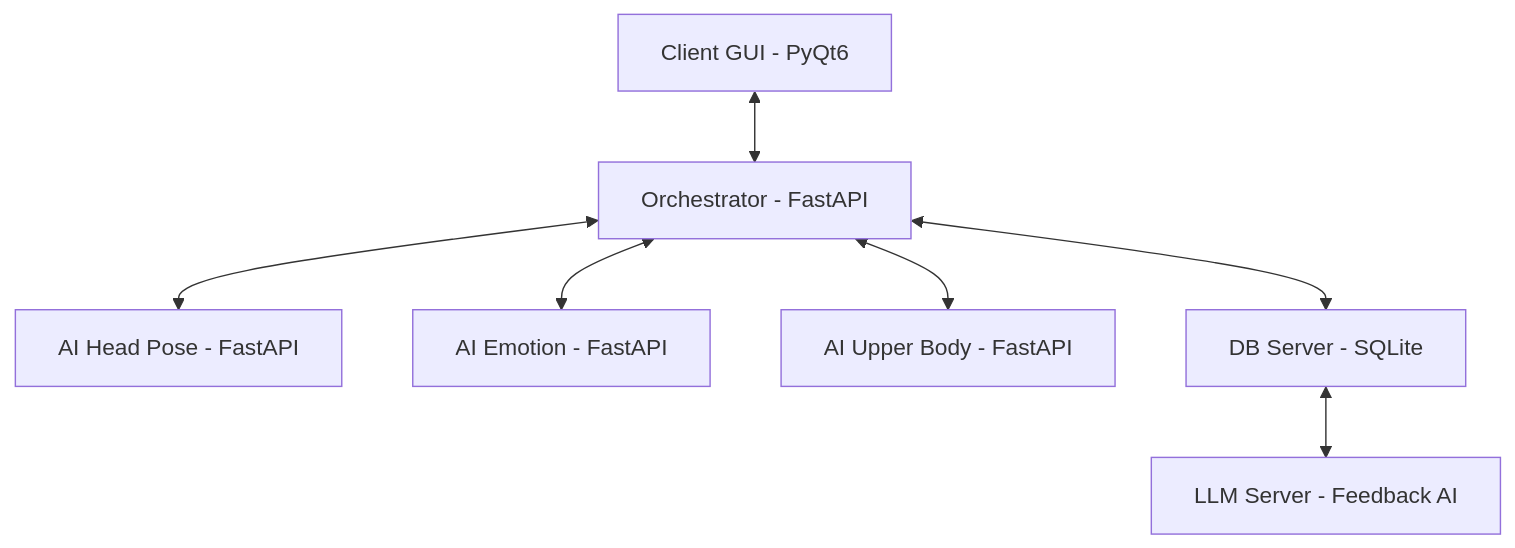
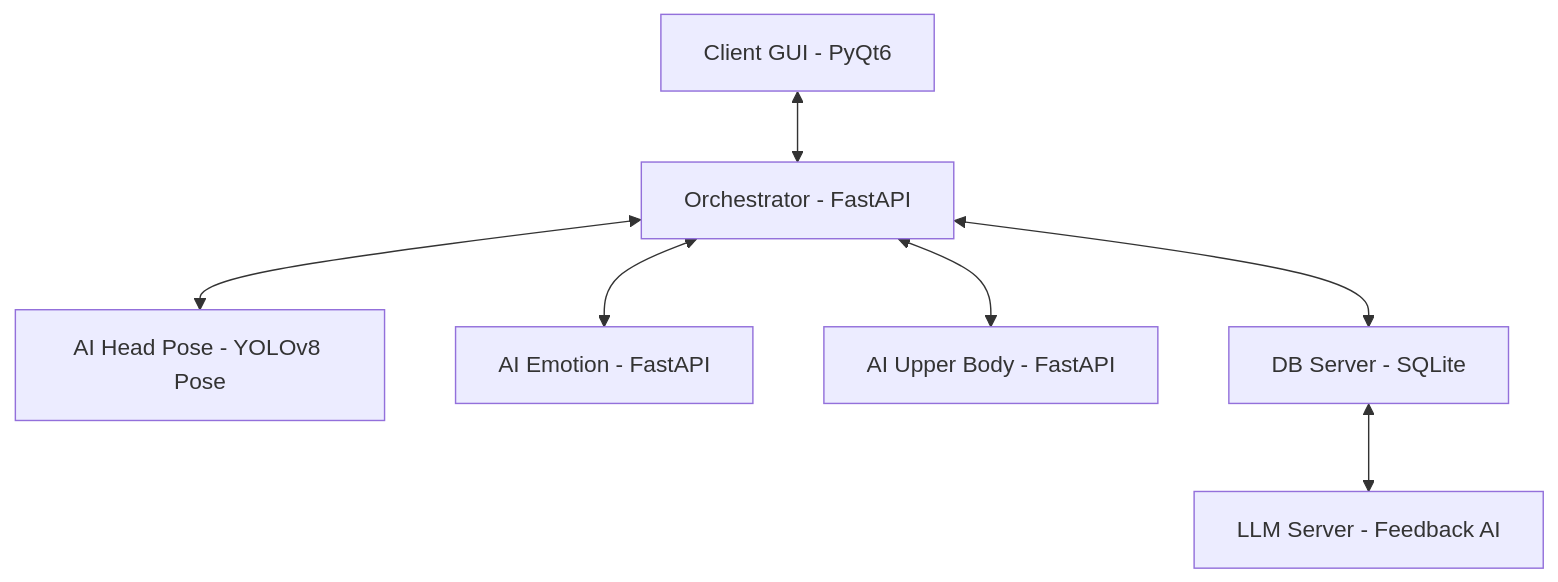
Before and after one commit to addinedu-physicalai-1st/deeplearning-repo-2: the diagram in README.md, drawn with Mermaid. The commit also changed other lines of this file and 11 other files, not shown here.

First line of the commit message:
feat: AI Head 모듈에 YOLOv8 포즈 추정 기능 및 프로젝트 설정 개선

````diff
--- a/README.md
+++ b/README.md
@@ -11,9 +11,9 @@
 ```mermaid
 graph TD
     Client[Client GUI - PyQt6] <--> Orch[Orchestrator - FastAPI]
-    Orch <--> AI_Head[AI Head Pose - FastAPI]
+    Orch <--> AI_Head[AI Head Pose - YOLOv8 Pose]
     Orch <--> AI_Emotion[AI Emotion - FastAPI]
     Orch <--> AI_Body[AI Upper Body - FastAPI]
     Orch <--> DB[DB Server - SQLite]
     DB <--> LLM[LLM Server - Feedback AI]
 ```
````
